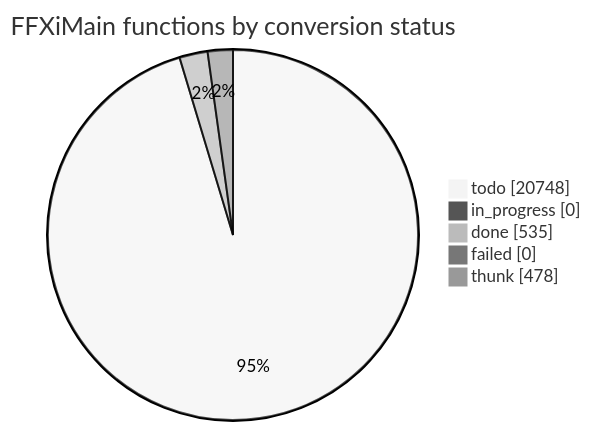
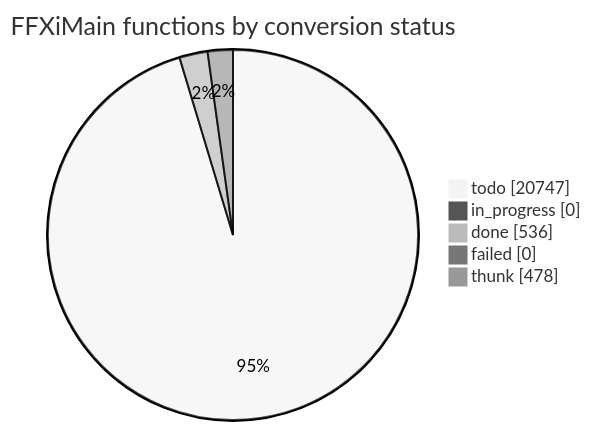
One commit to cowrevenge/cow_kuluu_xi_anything changed the diagram in docs/cow/STATUS.md. Above: the diagram before and after it, drawn with Mermaid (neutral theme). The commit also changed other lines of this file and 9 other files, not shown here.

````diff
--- a/docs/cow/STATUS.md
+++ b/docs/cow/STATUS.md
@@ -18,9 +18,9 @@
 ```mermaid
 pie showData
     title FFXiMain functions by conversion status
-    "todo" : 20748
+    "todo" : 20747
     "in_progress" : 0
-    "done" : 535
+    "done" : 536
     "failed" : 0
     "thunk" : 478
 ```
````
